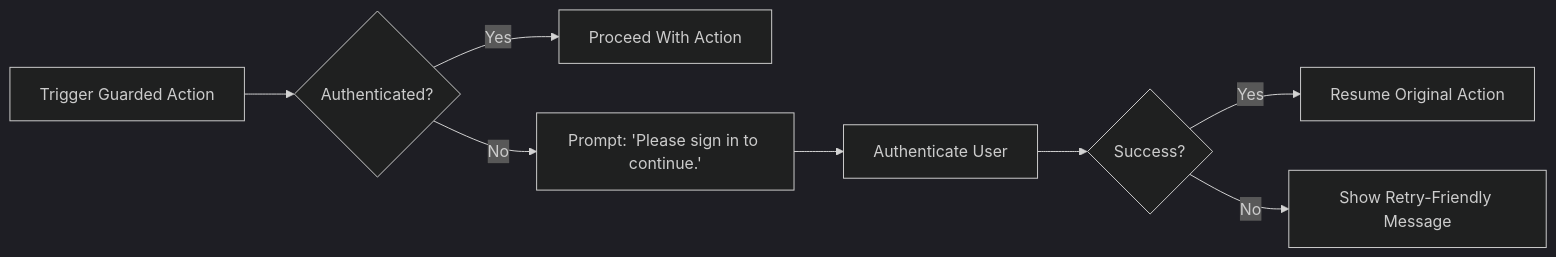
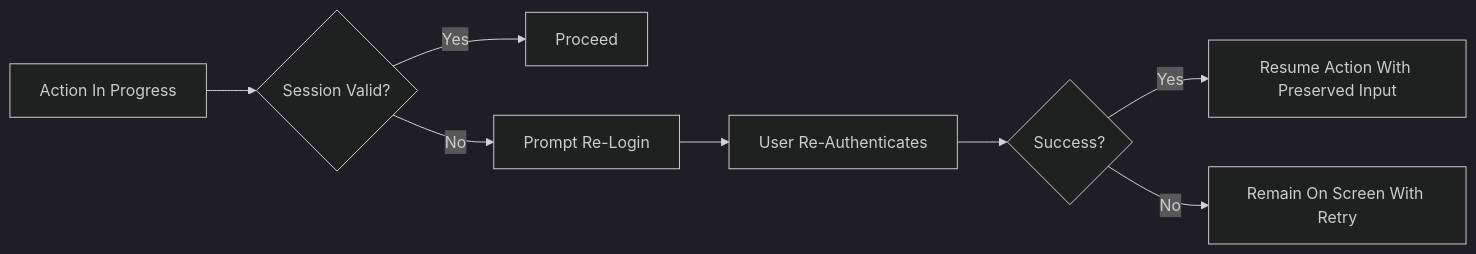
Before and after one commit to wrtnlabs/autobe-example-reddit-openai-gpt-5: the third of 3 diagrams in docs/analysis/03-user-roles-and-permissions.md, drawn with Mermaid (dark theme). The commit also changed other lines of this file and 721 other files, not shown here.

````diff
--- a/docs/analysis/03-user-roles-and-permissions.md
+++ b/docs/analysis/03-user-roles-and-permissions.md
@@ -196,10 +172,10 @@
 ```mermaid
 graph LR
-  A["Trigger Guarded Action"] --> B{"Authenticated?"}
-  B -->|"Yes"| C["Proceed With Action"]
-  B -->|"No"| D["Prompt: 'Please sign in to continue.'"]
-  D --> E["Authenticate User"]
-  E --> F{"Success?"}
-  F -->|"Yes"| G["Resume Original Action"]
-  F -->|"No"| H["Show Retry-Friendly Message"]
+  A1["Action In Progress"] --> A2{"Session Valid?"}
+  A2 -->|"Yes"| A3["Proceed"]
+  A2 -->|"No"| A4["Prompt Re-Login"]
+  A4 --> A5["User Re-Authenticates"]
+  A5 --> A6{"Success?"}
+  A6 -->|"Yes"| A7["Resume Action With Preserved Input"]
+  A6 -->|"No"| A8["Remain On Screen With Retry"]
 ```
````
